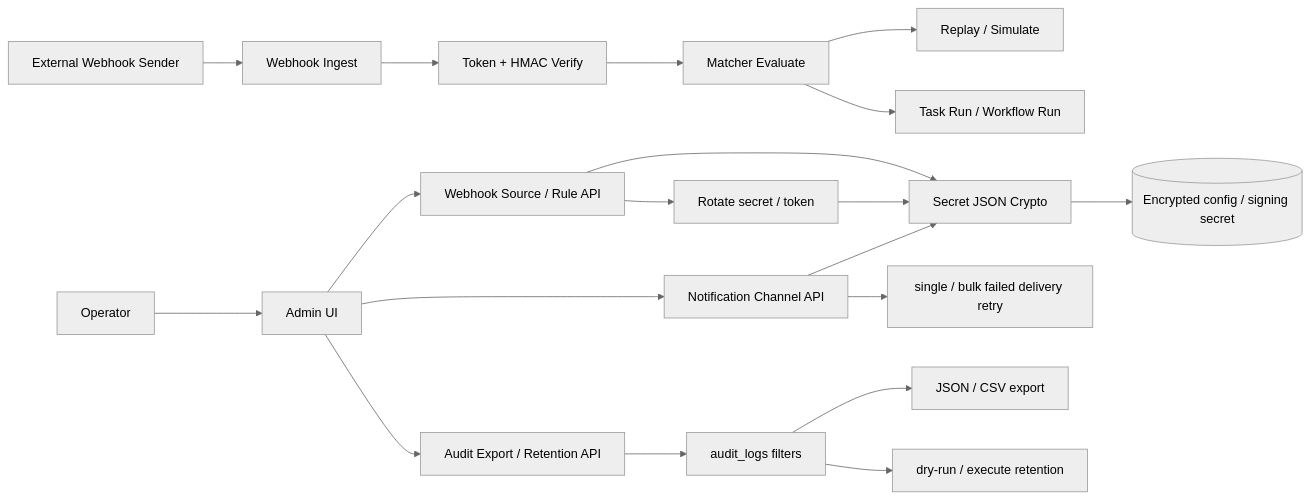
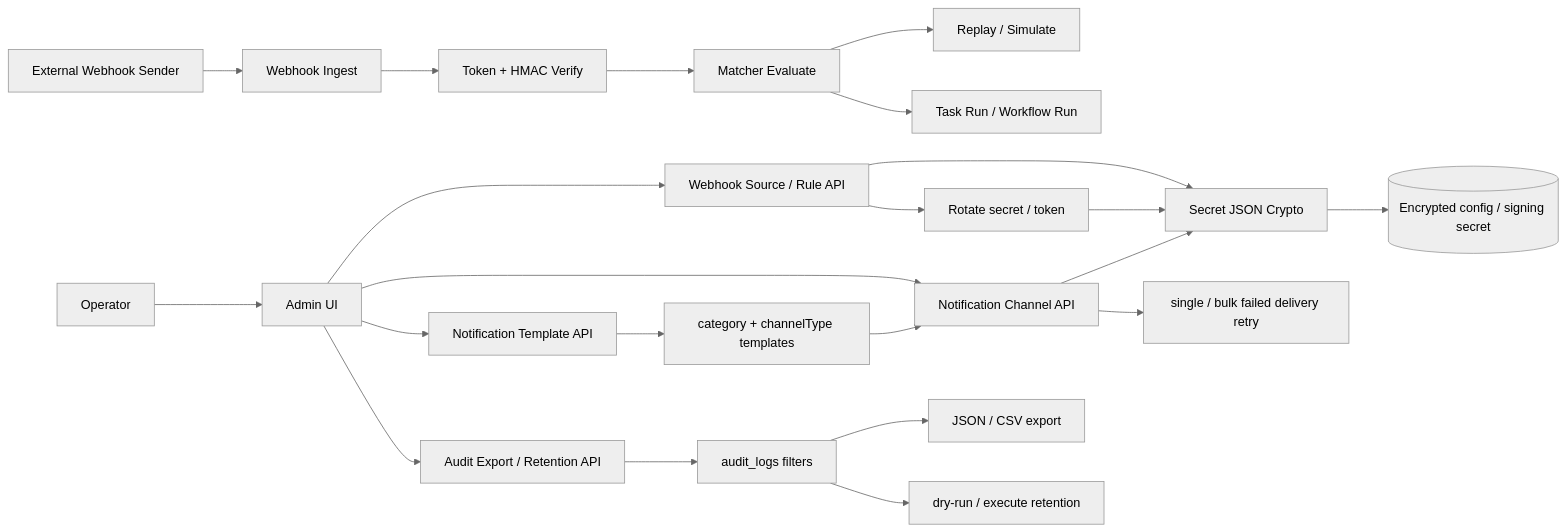
Before and after one commit to Zhenmeng8023/OpsPilot: the fifth of 5 diagrams in docs/UML/core-uml-v1.0-update.en.md, drawn with Mermaid (neutral theme). The commit also changed other lines of this file and 15 other files, not shown here.

````diff
--- a/docs/UML/core-uml-v1.0-update.en.md
+++ b/docs/UML/core-uml-v1.0-update.en.md
@@ -251,25 +251,28 @@
 ```mermaid
 flowchart LR
   Operator["Operator"] --> UI["Admin UI"]
   UI --> WebhookAPI["Webhook Source / Rule API"]
   UI --> NotificationAPI["Notification Channel API"]
+  UI --> TemplateAPI["Notification Template API"]
   UI --> AuditAPI["Audit Export / Retention API"]
 
   WebhookAPI --> SecretCrypto["Secret JSON Crypto"]
   NotificationAPI --> SecretCrypto
+  TemplateAPI --> Templates["category + channelType templates"]
+  Templates --> NotificationAPI
   SecretCrypto --> DB[("Encrypted config / signing secret")]
 
   External["External Webhook Sender"] --> Ingest["Webhook Ingest"]
   Ingest --> Verify["Token + HMAC Verify"]
   Verify --> Match["Matcher Evaluate"]
   Match --> Replay["Replay / Simulate"]
   Match --> TaskOrWorkflow["Task Run / Workflow Run"]
 
   WebhookAPI --> Rotate["Rotate secret / token"]
   Rotate --> SecretCrypto
 
   AuditAPI --> AuditLogs["audit_logs filters"]
   AuditLogs --> Export["JSON / CSV export"]
   AuditLogs --> Retention["dry-run / execute retention"]
   NotificationAPI --> DeliveryRetry["single / bulk failed delivery retry"]
 ```
````
